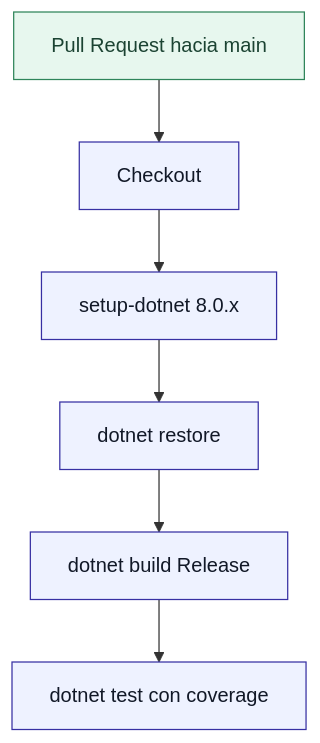
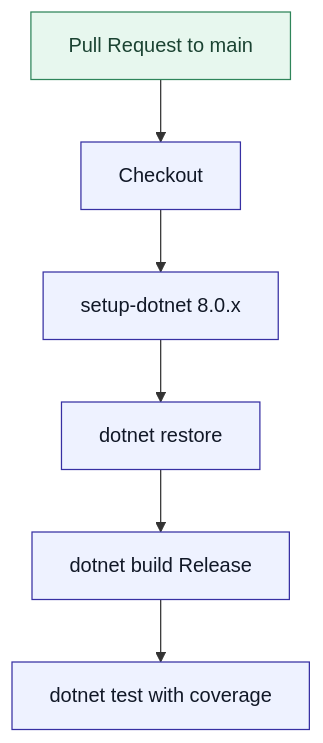
One commit to Back-End-TechTrend-Emporium/Demo changed the third of 4 diagrams in docs/workflows.md. Above: the diagram before and after it, drawn with Mermaid. The commit also changed other lines of this file and 16 other files, not shown here.

````diff
--- a/docs/workflows.md
+++ b/docs/workflows.md
@@ -87,14 +87,14 @@
 ```mermaid
 flowchart TD
   classDef step fill:#eef2ff,stroke:#3730a3,color:#111827,stroke-width:1px
   classDef io fill:#e7f7ee,stroke:#2f855a,color:#1b4332,stroke-width:1px
 
-  A[Pull Request hacia main] --> B[Checkout]
+  A[Pull Request to main] --> B[Checkout]
   B --> C[setup-dotnet 8.0.x]
   C --> D[dotnet restore]
   D --> E[dotnet build Release]
-  E --> F[dotnet test con coverage]
+  E --> F[dotnet test with coverage]
 
   class A io
   class B,C,D,E,F step
 ```
````
